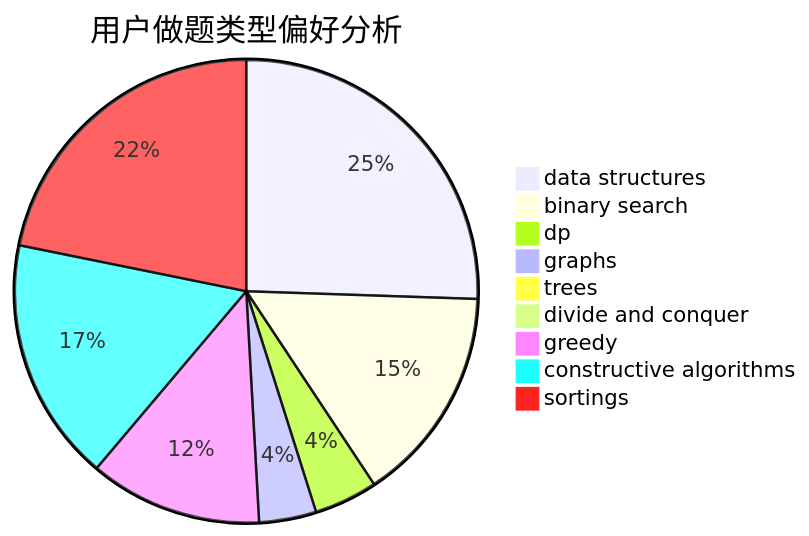
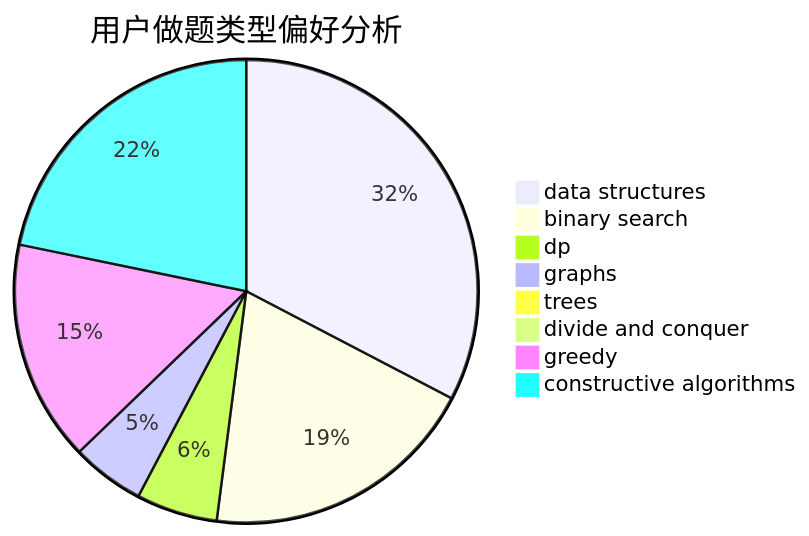
Before and after one commit to sherpahu/cfrs.github.io: the second of 3 diagrams in docs/user/u377.md, drawn with Mermaid. The commit also changed other lines of this file and 2769 other files, not shown here.

````diff
--- a/docs/user/u377.md
+++ b/docs/user/u377.md
@@ -18,12 +18,11 @@
 ```mermaid
 pie title 用户做题类型偏好分析
     "data structures" :  288
     "binary search" :  171
     "dp" :  50
     "graphs" :  45
     "trees" :  8
     "divide and conquer" :  0
     "greedy" :  136
     "constructive algorithms" :  192
-    "sortings" :  246
 ```
````
